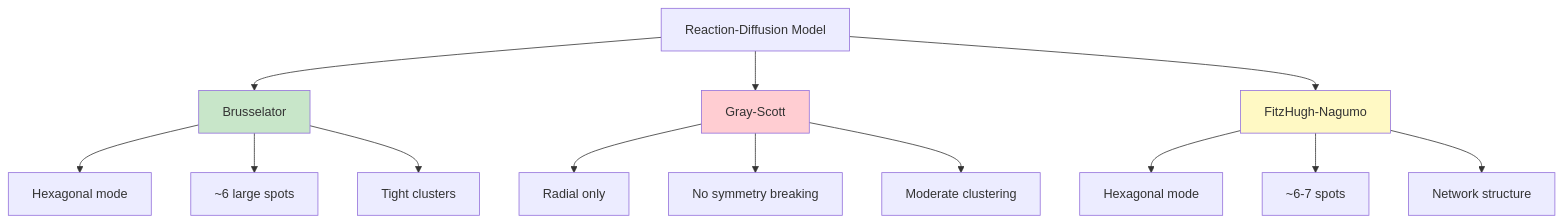
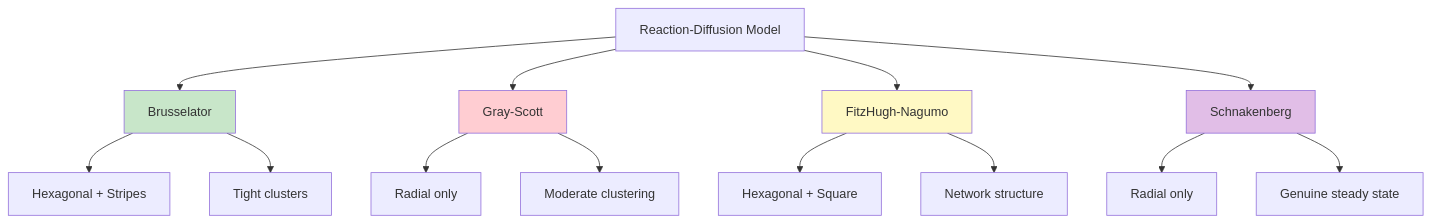
The diagram in fhn.qmd (saalfeldlab/ParticleGraph), drawn with Mermaid before and after one commit. The commit also changed other lines of this file and 108 other files, not shown here.

````diff
--- a/fhn.qmd
+++ b/fhn.qmd
@@ -85,22 +118,24 @@
 ```{mermaid}
 flowchart TD
     A[Reaction-Diffusion Model] --> B[Brusselator]
     A --> C[Gray-Scott]
     A --> D[FitzHugh-Nagumo]
+    A --> E[Schnakenberg]
 
-    B --> B1[Hexagonal mode]
-    B --> B2[~6 large spots]
-    B --> B3[Tight clusters]
+    B --> B1[Hexagonal + Stripes]
+    B --> B2[Tight clusters]
 
     C --> C1[Radial only]
-    C --> C2[No symmetry breaking]
-    C --> C3[Moderate clustering]
+    C --> C2[Moderate clustering]
 
-    D --> D1[Hexagonal mode]
-    D --> D2[~6-7 spots]
-    D --> D3[Network structure]
+    D --> D1[Hexagonal + Square]
+    D --> D2[Network structure]
+
+    E --> E1[Radial only]
+    E --> E2[Genuine steady state]
 
     style B fill:#c8e6c9
     style C fill:#ffcdd2
     style D fill:#fff9c4
+    style E fill:#e1bee7
 ```
````
